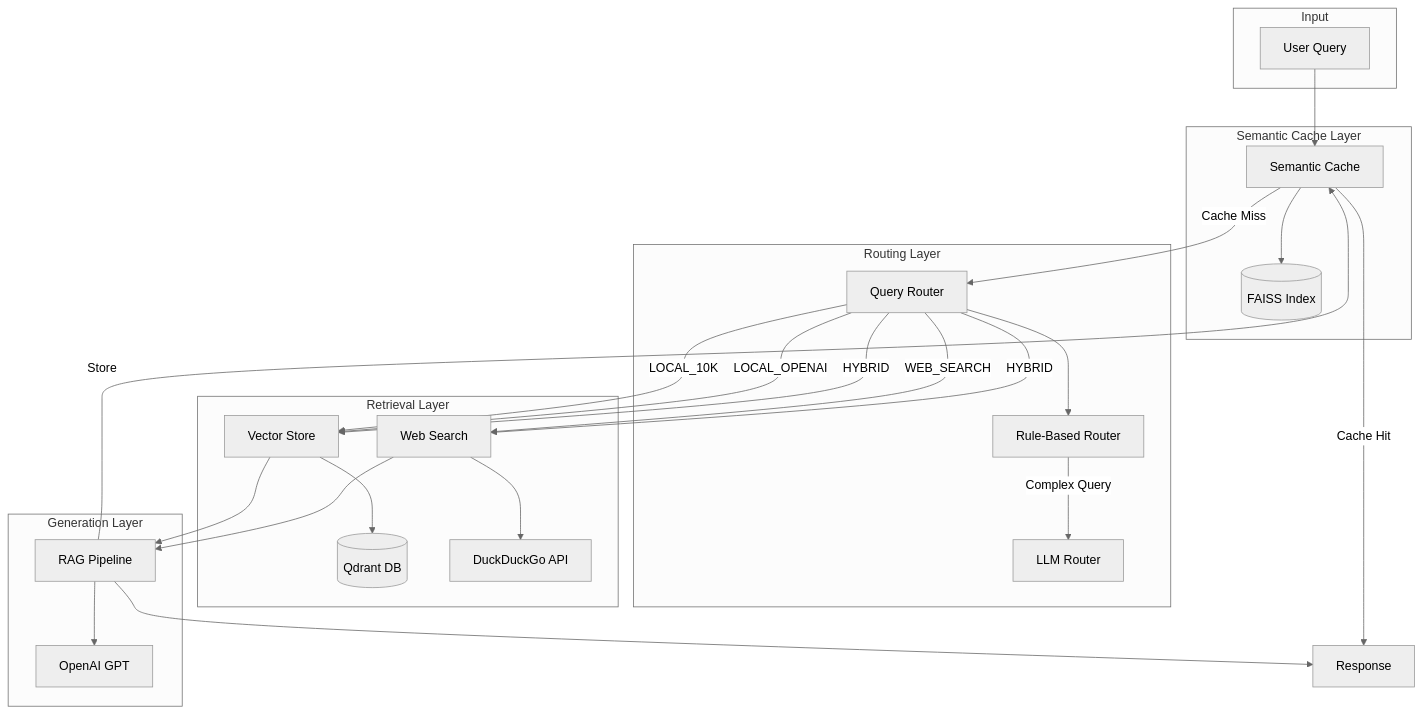
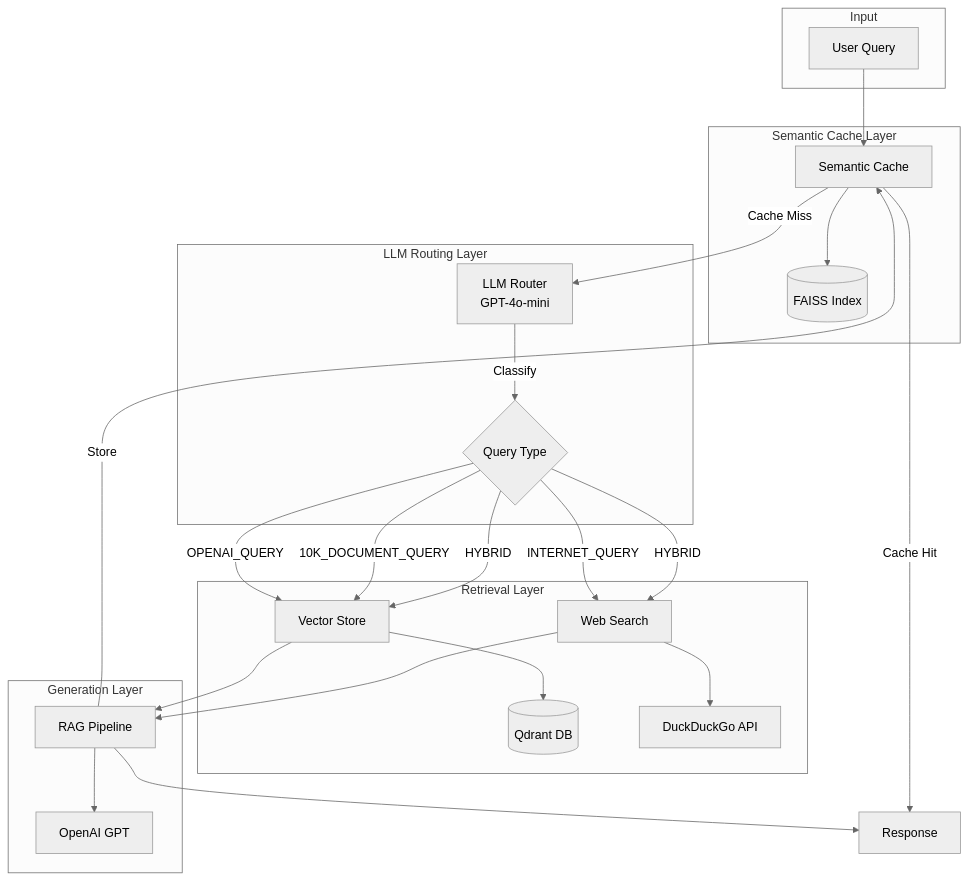
Before and after one commit to brianvanko/agentic-search-engine: the first of 5 diagrams in README.md, drawn with Mermaid (neutral theme). The commit also changed other lines of this file and 12 other files, not shown here.

````diff
--- a/README.md
+++ b/README.md
@@ -23,48 +23,45 @@
 ```mermaid
 flowchart TB
     subgraph Input
         U[User Query]
     end
 
     subgraph "Semantic Cache Layer"
         SC[Semantic Cache]
         FAISS[(FAISS Index)]
         SC --> FAISS
     end
 
-    subgraph "Routing Layer"
-        QR[Query Router]
-        RB[Rule-Based Router]
-        LLM_R[LLM Router]
-        QR --> RB
-        RB -->|Complex Query| LLM_R
+    subgraph "LLM Routing Layer"
+        LLM_R[LLM Router<br/>GPT-4o-mini]
+        LLM_R -->|Classify| DECISION{Query Type}
     end
 
     subgraph "Retrieval Layer"
         VS[Vector Store]
         QD[(Qdrant DB)]
         WS[Web Search]
         DDG[DuckDuckGo API]
         VS --> QD
         WS --> DDG
     end
 
     subgraph "Generation Layer"
         RAG[RAG Pipeline]
         GPT[OpenAI GPT]
         RAG --> GPT
     end
 
     U --> SC
     SC -->|Cache Hit| R[Response]
-    SC -->|Cache Miss| QR
-    QR -->|LOCAL_10K| VS
-    QR -->|LOCAL_OPENAI| VS
-    QR -->|WEB_SEARCH| WS
-    QR -->|HYBRID| VS
-    QR -->|HYBRID| WS
+    SC -->|Cache Miss| LLM_R
+    DECISION -->|OPENAI_QUERY| VS
+    DECISION -->|10K_DOCUMENT_QUERY| VS
+    DECISION -->|INTERNET_QUERY| WS
+    DECISION -->|HYBRID| VS
+    DECISION -->|HYBRID| WS
     VS --> RAG
     WS --> RAG
     RAG --> R
     RAG -->|Store| SC
 ```
````
